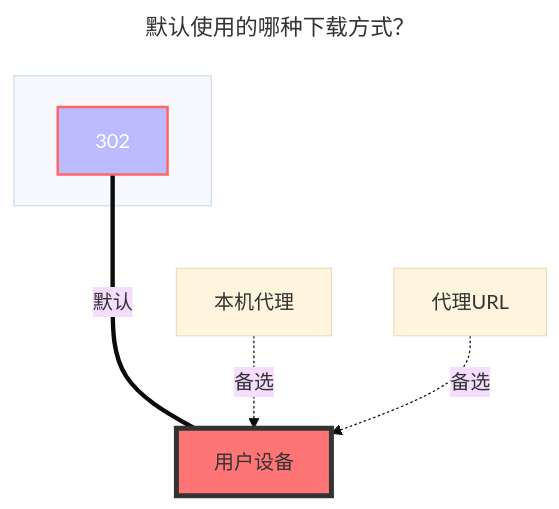
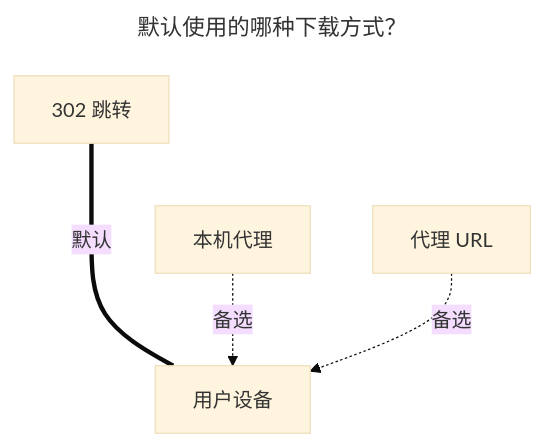
The second of 2 diagrams in pages/guide/drivers/139.md (OpenListTeam/OpenList-Docs), drawn with Mermaid (base theme) before and after one commit. The commit also changed other lines of this file, not shown here.

````diff
--- a/pages/guide/drivers/139.md
+++ b/pages/guide/drivers/139.md
@@ -374,18 +407,12 @@
 ```mermaid
 ---
 title: 默认使用的哪种下载方式？
 ---
 flowchart TB
-    style a1 fill:#bbf,stroke:#f66,stroke-width:2px,color:#fff
-    style a2 fill:#ff7575,stroke:#333,stroke-width:4px
-    subgraph ide1 [ ]
-    a1
-    end
-    a1[302]:::someclass====|默认|a2[用户设备]
-    classDef someclass fill:#f96
-    c1[本机代理]-.备选.->a2[用户设备]
-    b1[代理URL]-.备选.->a2[用户设备]
+    a1[302 跳转]====|默认|a2[用户设备]
+    c1[本机代理]-.备选.->a2
+    b1[代理 URL]-.备选.->a2
     click a1 "../drivers/common.html#webdav-策略"
     click b1 "../drivers/common.html#webdav-策略"
     click c1 "../drivers/common.html#webdav-策略"
 ```
````
